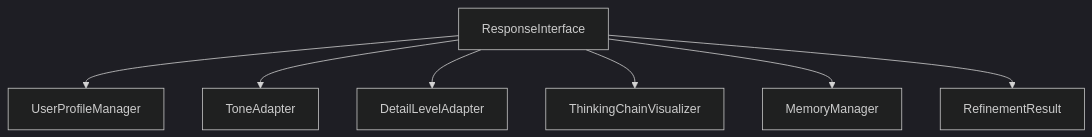
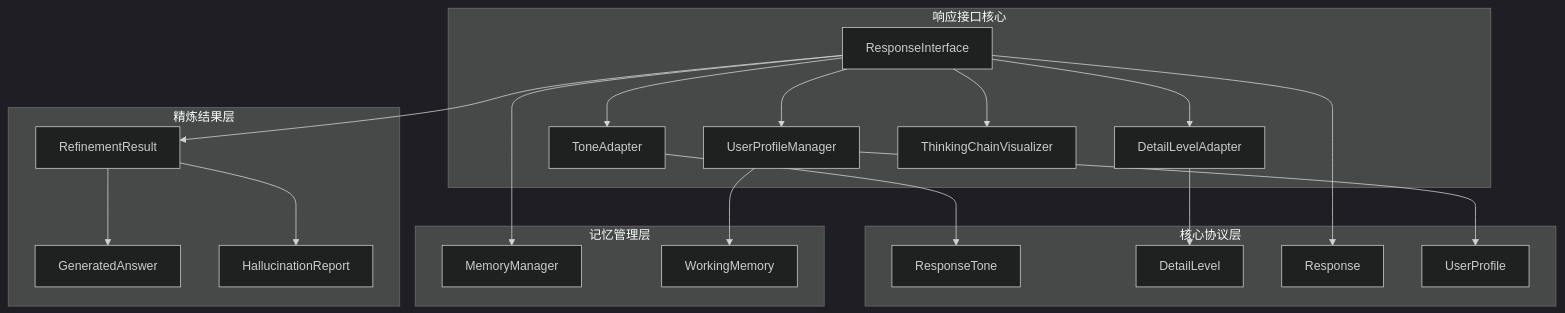
One commit to JieGaoPrinceton/NecoRAG changed the tenth of 11 diagrams in .qoder/repowiki/zh/content/交互层模块/响应接口核心.md. Above: the diagram before and after it, drawn with Mermaid (dark theme). The commit also changed other lines of this file and 181 other files, not shown here.

````diff
--- a/.qoder/repowiki/zh/content/交互层模块/响应接口核心.md
+++ b/.qoder/repowiki/zh/content/交互层模块/响应接口核心.md
@@ -365,16 +468,38 @@
 ```mermaid
 graph TB
-RI["ResponseInterface"]
-PM["UserProfileManager"]
-TA["ToneAdapter"]
-DA["DetailLevelAdapter"]
-TV["ThinkingChainVisualizer"]
-MM["MemoryManager"]
-RR["RefinementResult"]
+subgraph "响应接口核心"
+RI[ResponseInterface]
+PM[UserProfileManager]
+DA[DetailLevelAdapter]
+TA[ToneAdapter]
+TV[ThinkingChainVisualizer]
+end
+subgraph "核心协议层"
+PT[ResponseTone]
+DL[DetailLevel]
+RP[Response]
+UP[UserProfile]
+end
+subgraph "精炼结果层"
+RR[RefinementResult]
+GA[GeneratedAnswer]
+HR[HallucinationReport]
+end
+subgraph "记忆管理层"
+MM[MemoryManager]
+WM[WorkingMemory]
+end
 RI --> PM
+RI --> DA
 RI --> TA
-RI --> DA
 RI --> TV
 RI --> MM
+PM --> WM
+DA --> DL
+TA --> PT
+RI --> RP
+PM --> UP
 RI --> RR
+RR --> GA
+RR --> HR
 ```
````
